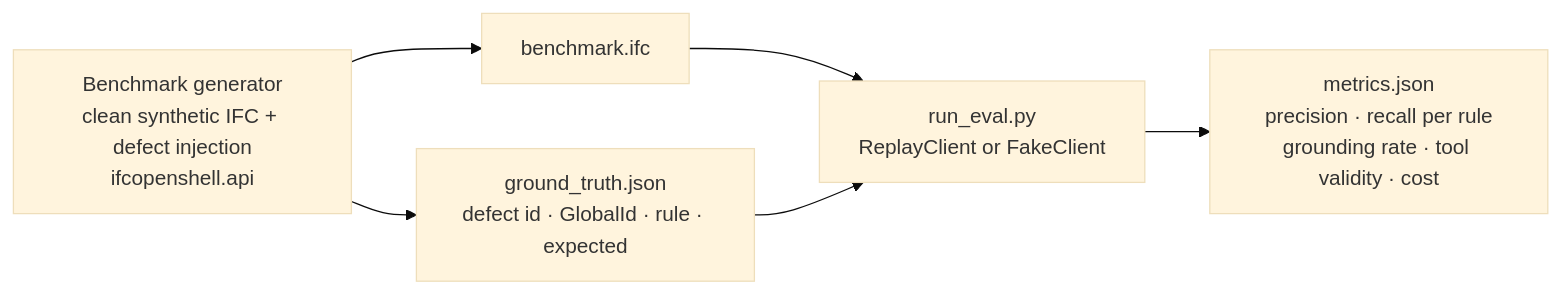
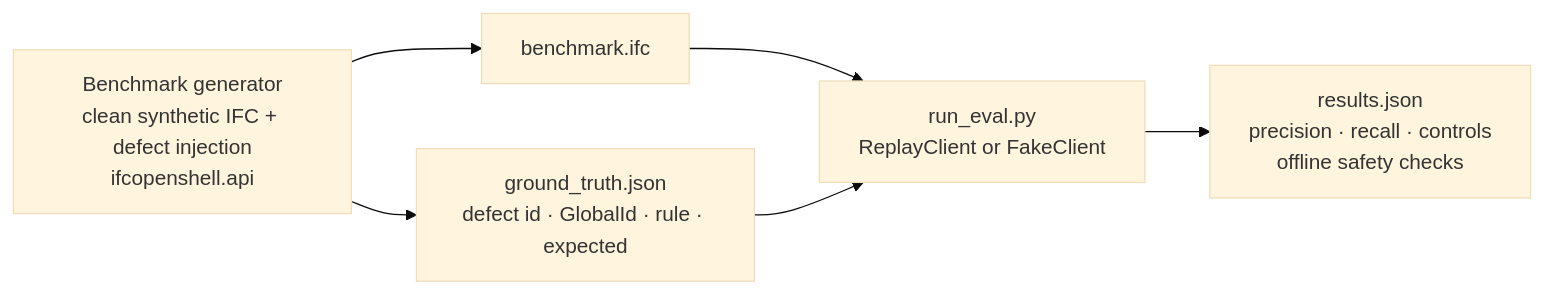
One commit to natnew/BIM-Intelligence changed the ninth of 10 diagrams in docs/ARCHITECTURE.md. Above: the diagram before and after it, drawn with Mermaid (base theme). The commit also changed other lines of this file and 12 other files, not shown here.

````diff
--- a/docs/ARCHITECTURE.md
+++ b/docs/ARCHITECTURE.md
@@ -673,8 +661,8 @@
 ```mermaid
 flowchart LR
     GEN["Benchmark generator<br/>clean synthetic IFC + defect injection<br/>ifcopenshell.api"] --> GT["ground_truth.json<br/>defect id · GlobalId · rule · expected"]
     GEN --> IFC["benchmark.ifc"]
     IFC --> RUN["run_eval.py<br/>ReplayClient or FakeClient"]
     GT --> RUN
-    RUN --> M["metrics.json<br/>precision · recall per rule<br/>grounding rate · tool validity · cost"]
+    RUN --> M["results.json<br/>precision · recall · controls<br/>offline safety checks"]
 ```
````
